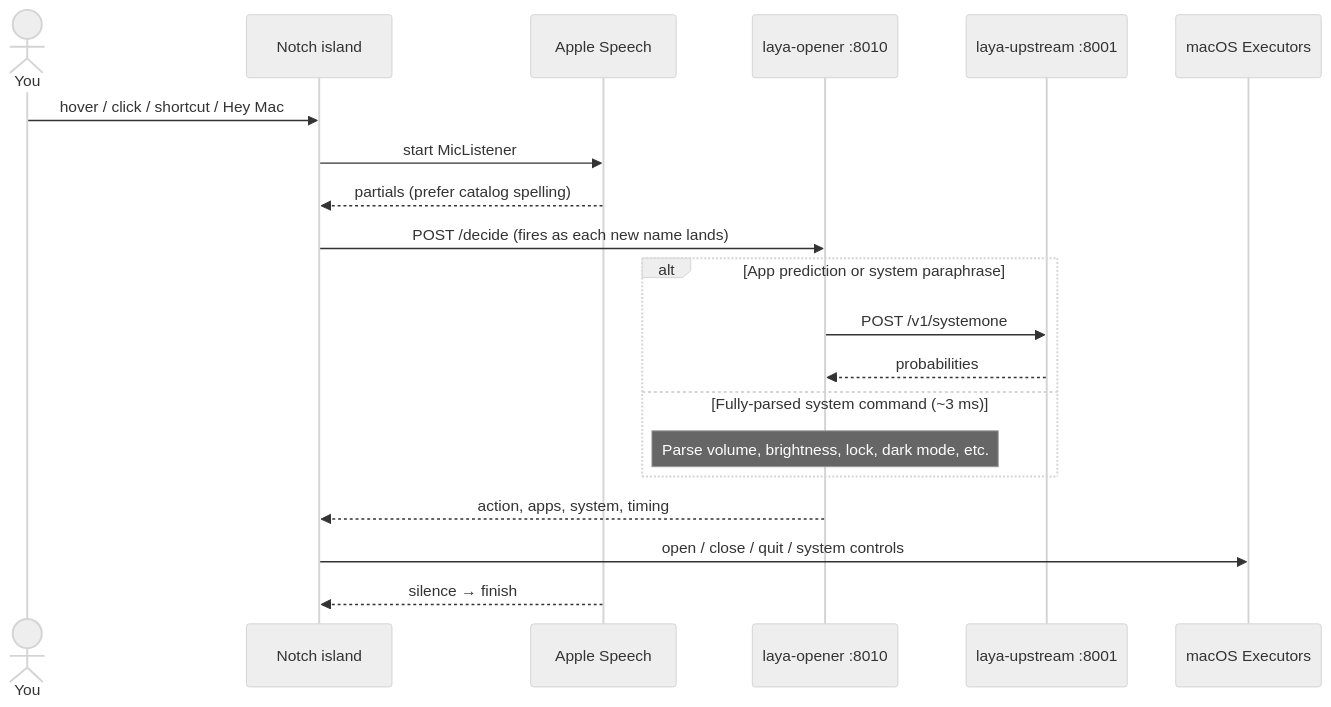
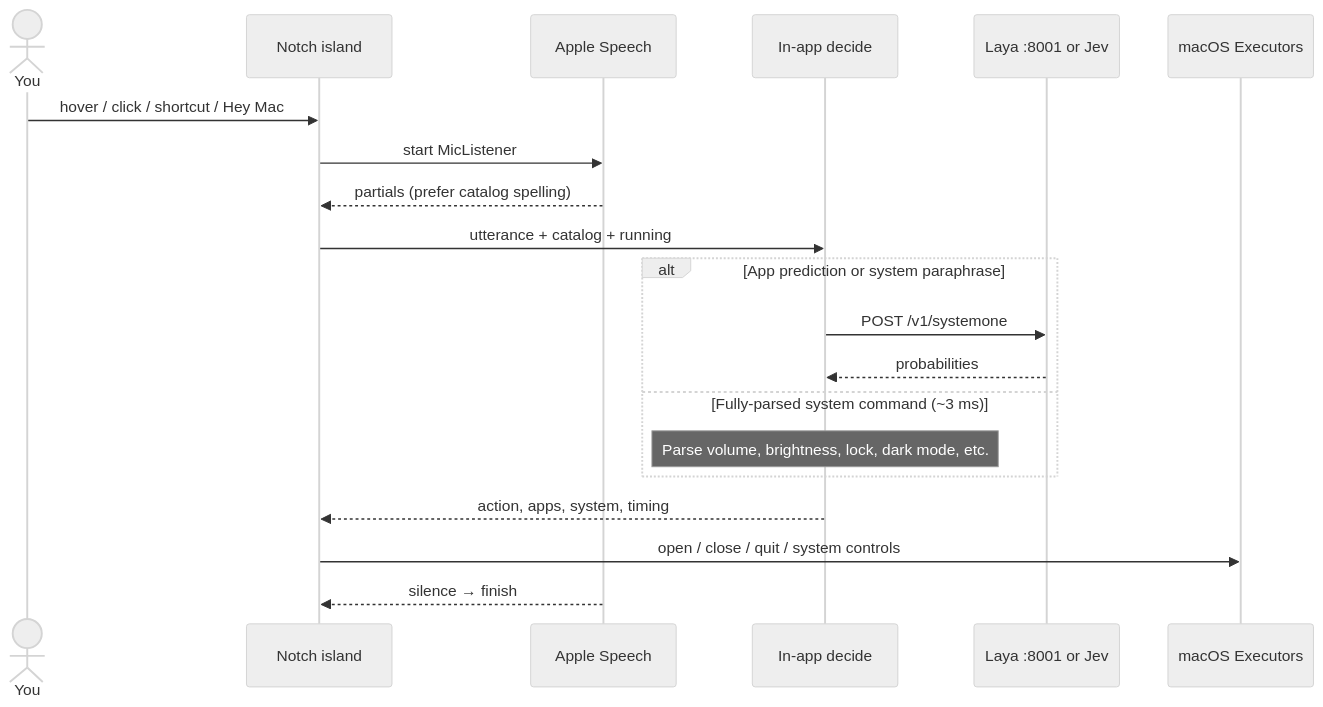
The second of 2 diagrams in README.md (AshutoshKY/sayso), drawn with Mermaid (neutral theme) before and after one commit. The commit also changed other lines of this file and 24 other files, not shown here.

First line of the commit message:
feat: default Off engine, Jev/Laya optional, v0.2.0 installer

````diff
--- a/README.md
+++ b/README.md
@@ -113,23 +113,23 @@
 ```mermaid
 sequenceDiagram
   actor You
   participant Island as Notch island
   participant Speech as Apple Speech
-  participant Opener as laya-opener :8010
-  participant Laya as laya-upstream :8001
+  participant Decide as In-app decide
+  participant Model as Laya :8001 or Jev
   participant Mac as macOS Executors
 
   You->>Island: hover / click / shortcut / Hey Mac
   Island->>Speech: start MicListener
   Speech-->>Island: partials (prefer catalog spelling)
-  Island->>Opener: POST /decide (fires as each new name lands)
+  Island->>Decide: utterance + catalog + running
   alt App prediction or system paraphrase
-    Opener->>Laya: POST /v1/systemone
-    Laya-->>Opener: probabilities
+    Decide->>Model: POST /v1/systemone
+    Model-->>Decide: probabilities
   else Fully-parsed system command (~3 ms)
-    Note over Opener: Parse volume, brightness, lock, dark mode, etc.
+    Note over Decide: Parse volume, brightness, lock, dark mode, etc.
   end
-  Opener-->>Island: action, apps, system, timing
+  Decide-->>Island: action, apps, system, timing
   Island->>Mac: open / close / quit / system controls
   Speech-->>Island: silence → finish
 ```
````
